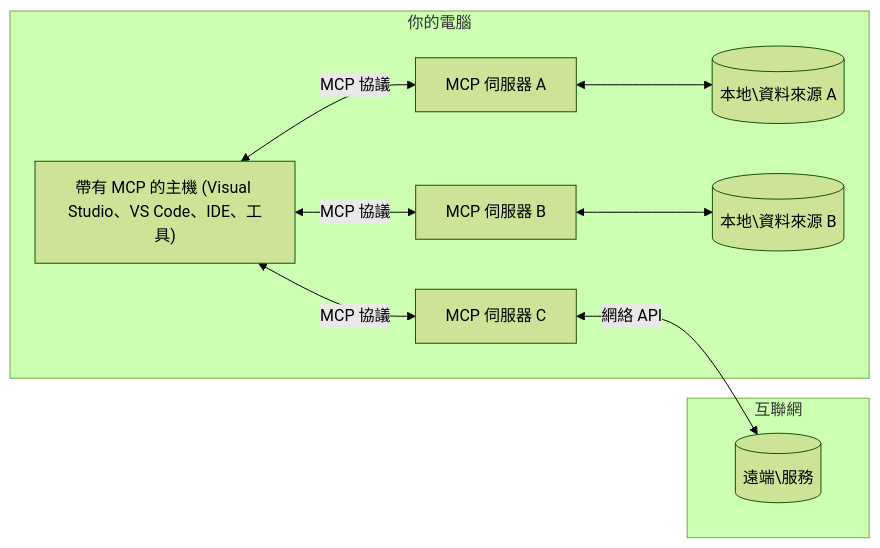
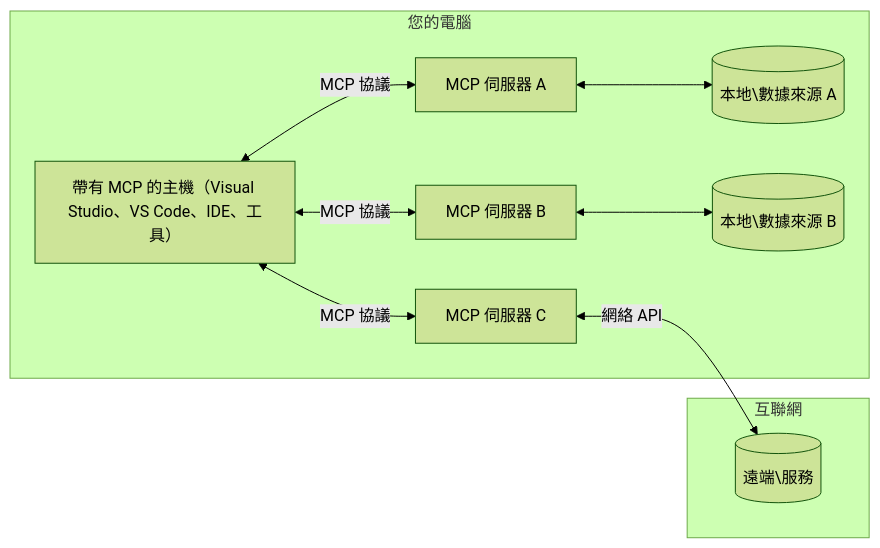
One commit to Mu-L/mcp-for-beginners changed the diagram in translations/zh-MO/01-CoreConcepts/README.md. Above: the diagram before and after it, drawn with Mermaid (forest theme). The commit also changed other lines of this file and 5 other files, not shown here.

````diff
--- a/translations/zh-MO/01-CoreConcepts/README.md
+++ b/translations/zh-MO/01-CoreConcepts/README.md
@@ -42,17 +42,17 @@
 ```mermaid
 flowchart LR
-    subgraph "你的電腦"
-        Host["帶有 MCP 的主機 (Visual Studio、VS Code、IDE、工具)"]
+    subgraph "您的電腦"
+        Host["帶有 MCP 的主機（Visual Studio、VS Code、IDE、工具）"]
         S1["MCP 伺服器 A"]
         S2["MCP 伺服器 B"]
         S3["MCP 伺服器 C"]
         Host <-->|"MCP 協議"| S1
         Host <-->|"MCP 協議"| S2
         Host <-->|"MCP 協議"| S3
-        S1 <--> D1[("本地\資料來源 A")]
-        S2 <--> D2[("本地\資料來源 B")]
+        S1 <--> D1[("本地\數據來源 A")]
+        S2 <--> D2[("本地\數據來源 B")]
     end
     subgraph "互聯網"
         S3 <-->|"網絡 API"| D3[("遠端\服務")]
     end
 ```
````
